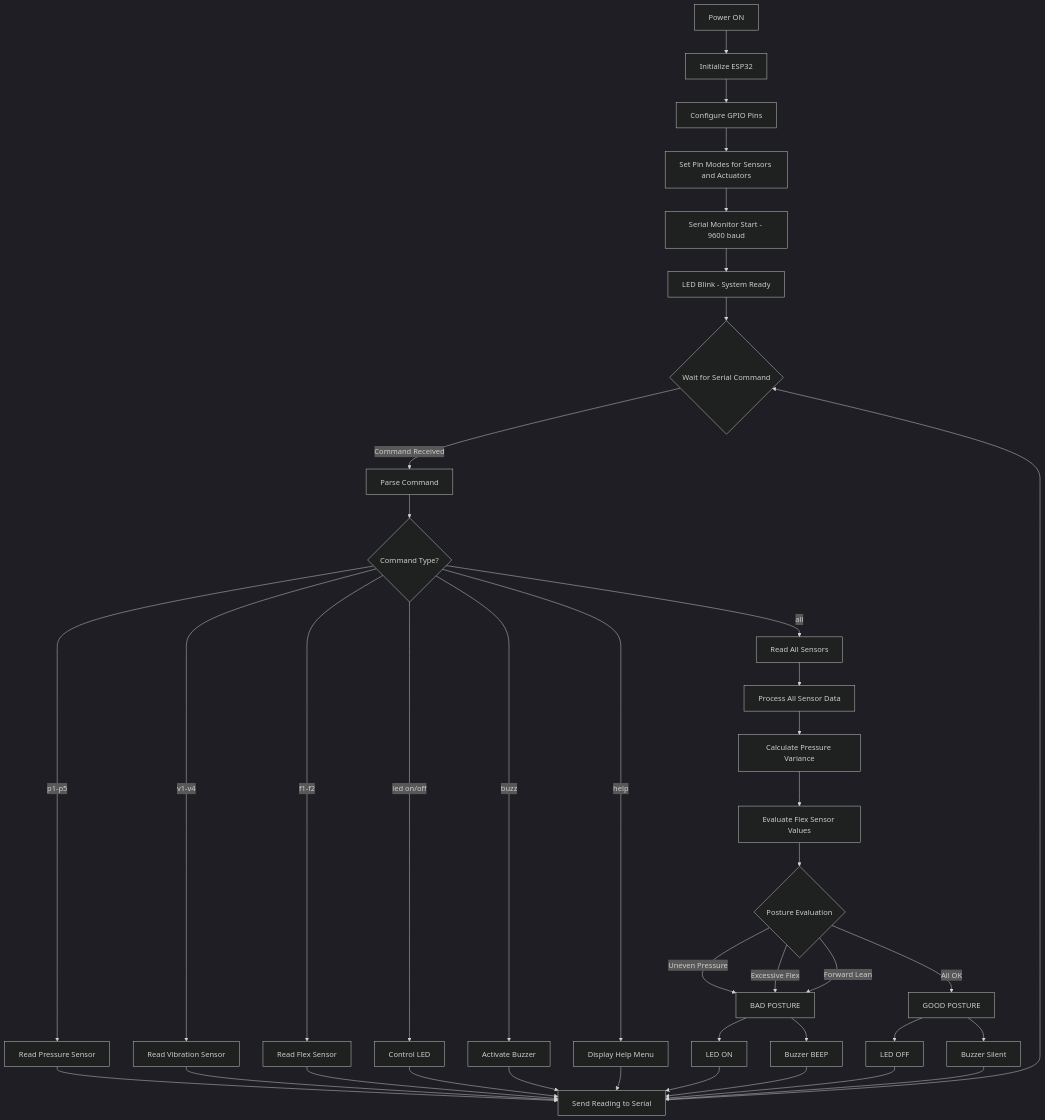
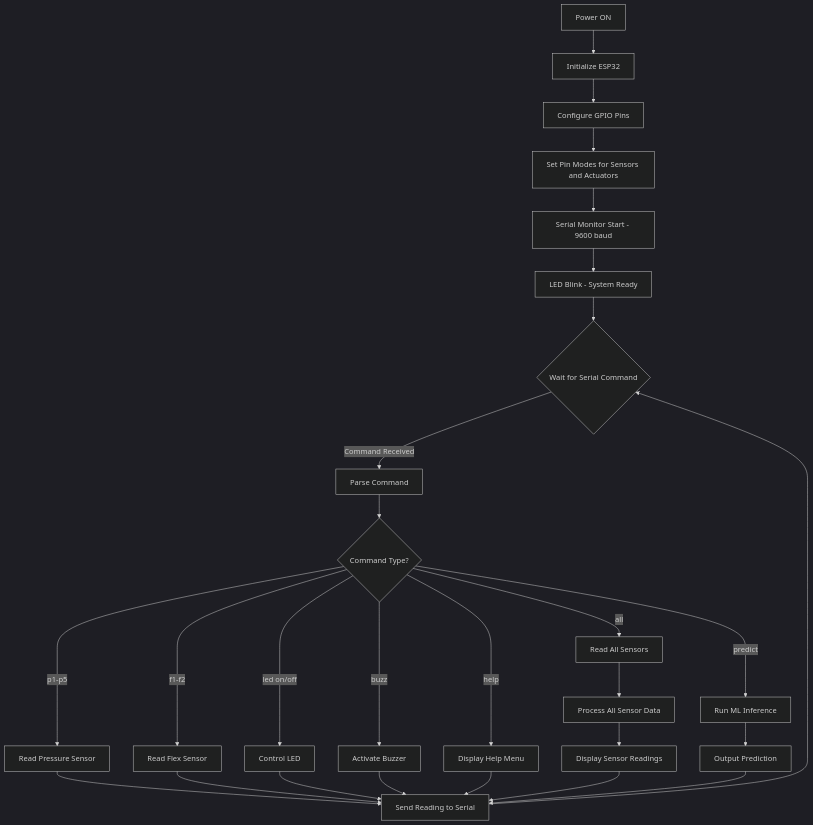
The diagram in README.md (qppd/smart-chair), drawn with Mermaid (dark theme) before and after one commit. The commit also changed other lines of this file and 1 other file, not shown here.

Commit message:
Remove if-else decision logic, keep only TensorFlow Lite Random Forest; change vibration sensors to motors

````diff
--- a/README.md
+++ b/README.md
@@ -113,50 +89,36 @@
 ```mermaid
 graph TD
     A[Power ON] --> B[Initialize ESP32]
     B --> C[Configure GPIO Pins]
     C --> D[Set Pin Modes for Sensors and Actuators]
     D --> E[Serial Monitor Start - 9600 baud]
     E --> F[LED Blink - System Ready]
     F --> G{Wait for Serial Command}
     
     G -->|Command Received| H[Parse Command]
     H --> I{Command Type?}
     
     I -->|p1-p5| J[Read Pressure Sensor]
-    I -->|v1-v4| K[Read Vibration Sensor]
     I -->|f1-f2| L[Read Flex Sensor]
     I -->|led on/off| M[Control LED]
     I -->|buzz| N[Activate Buzzer]
     I -->|all| O[Read All Sensors]
+    I -->|predict| PP[Run ML Inference]
     I -->|help| P[Display Help Menu]
     
     J --> Q[Send Reading to Serial]
-    K --> Q
     L --> Q
     M --> Q
     N --> Q
     O --> R[Process All Sensor Data]
+    PP --> QQ[Output Prediction]
     P --> Q
     
-    R --> S[Calculate Pressure Variance]
-    S --> T[Evaluate Flex Sensor Values]
-    T --> U{Posture Evaluation}
+    R --> S[Display Sensor Readings]
     
-    U -->|Uneven Pressure| V[BAD POSTURE]
-    U -->|Excessive Flex| V
-    U -->|Forward Lean| V
-    U -->|All OK| W[GOOD POSTURE]
+    S --> Q
     
-    V --> X[LED ON]
-    V --> Y[Buzzer BEEP]
-    
-    W --> Z[LED OFF]
-    W --> AA[Buzzer Silent]
-    
-    X --> Q
-    Y --> Q
-    Z --> Q
-    AA --> Q
+    QQ --> Q
     
     Q --> G
 ```
````
